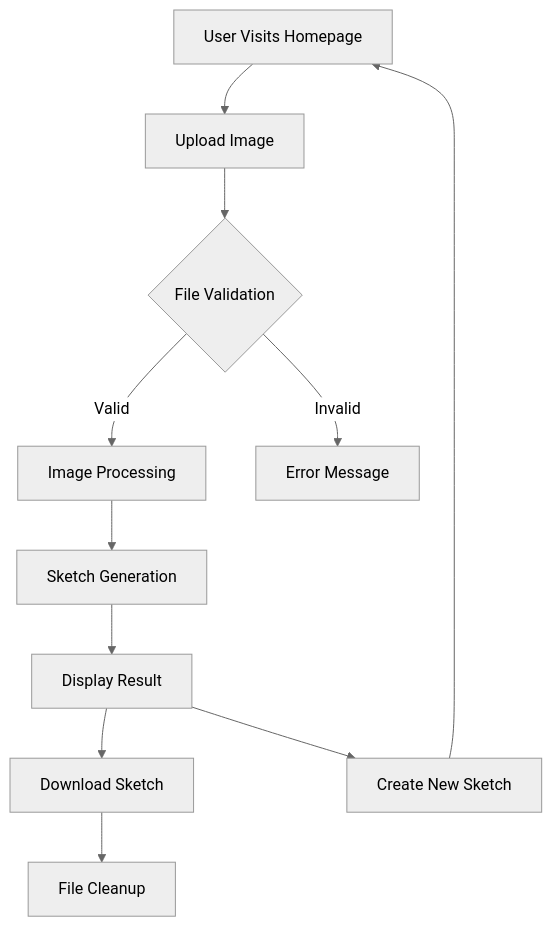
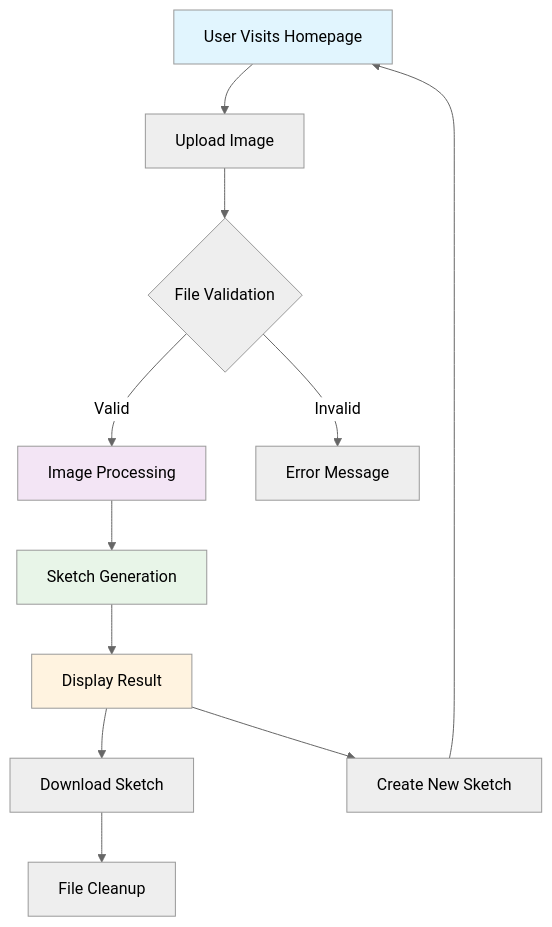
The first of 4 diagrams in README.md (devtitus/DoodlePic-Project), drawn with Mermaid (neutral theme) before and after one commit. The commit also changed other lines of this file and 13 other files, not shown here.

````diff
--- a/README.md
+++ b/README.md
@@ -46,13 +46,18 @@
 ```mermaid
 graph TB
     A[User Visits Homepage] --> B[Upload Image]
     B --> C{File Validation}
     C -->|Valid| D[Image Processing]
     C -->|Invalid| E[Error Message]
     D --> F[Sketch Generation]
     F --> G[Display Result]
     G --> H[Download Sketch]
     G --> I[Create New Sketch]
     I --> A
     H --> J[File Cleanup]
+
+    style A fill:#e1f5fe
+    style D fill:#f3e5f5
+    style F fill:#e8f5e8
+    style G fill:#fff3e0
 ```
````
